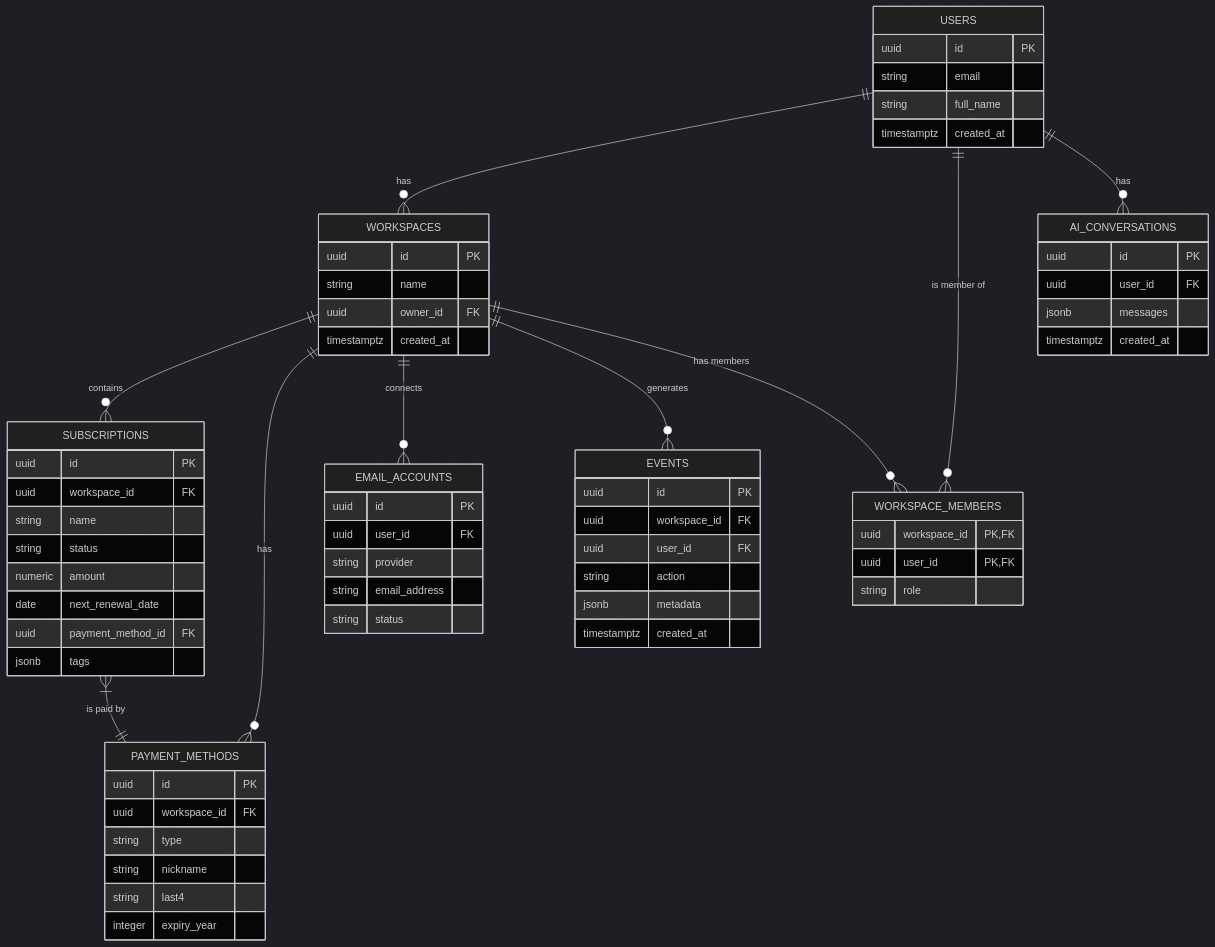
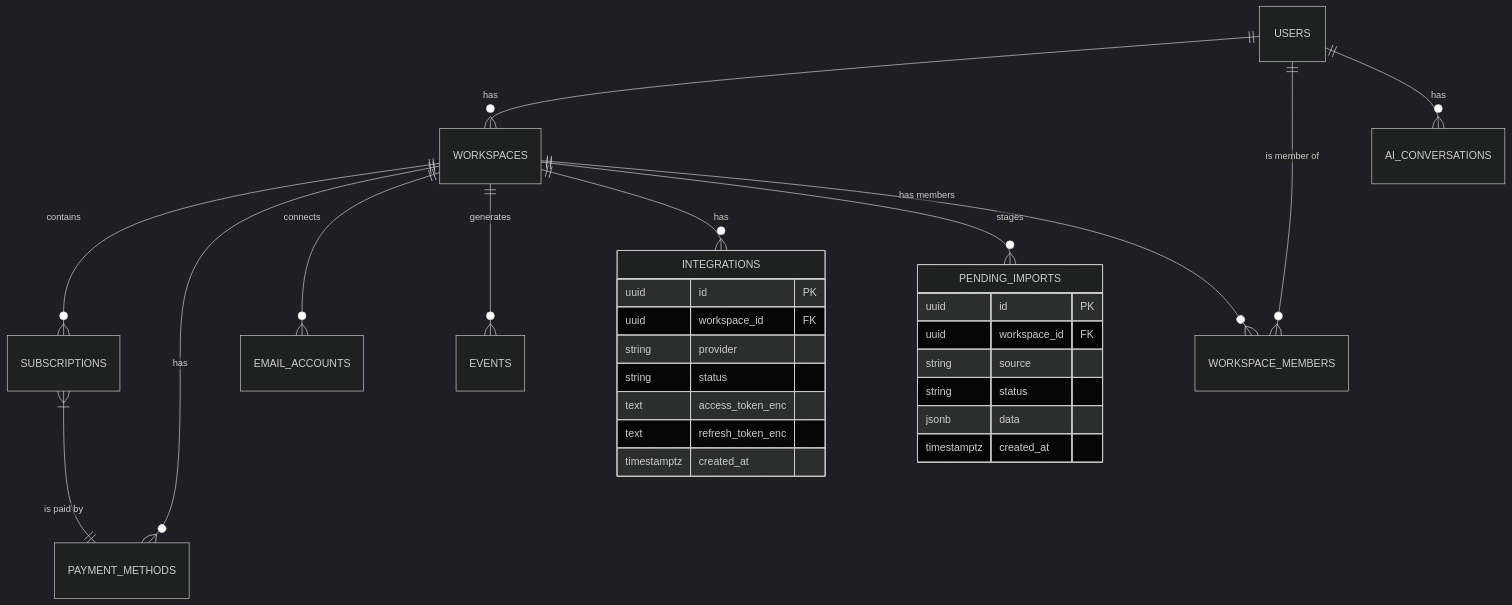
Before and after one commit to arumaldodrla/Subscription-Management: the diagram in DATA_MODEL_SCHEMA.md, drawn with Mermaid (dark theme). The commit also changed other lines of this file and 4 other files, not shown here.

````diff
--- a/DATA_MODEL_SCHEMA.md
+++ b/DATA_MODEL_SCHEMA.md
@@ -14,76 +12,33 @@
 ```mermaid
 erDiagram
     USERS ||--o{ WORKSPACES : "has"
     WORKSPACES ||--o{ SUBSCRIPTIONS : "contains"
     WORKSPACES ||--o{ PAYMENT_METHODS : "has"
     WORKSPACES ||--o{ EMAIL_ACCOUNTS : "connects"
     WORKSPACES ||--o{ EVENTS : "generates"
+    WORKSPACES ||--o{ INTEGRATIONS : "has"
+    WORKSPACES ||--o{ PENDING_IMPORTS : "stages"
     USERS ||--o{ WORKSPACE_MEMBERS : "is member of"
     WORKSPACES ||--o{ WORKSPACE_MEMBERS : "has members"
     SUBSCRIPTIONS }|--|| PAYMENT_METHODS : "is paid by"
     USERS ||--o{ AI_CONVERSATIONS : "has"
 
-    USERS {
+    PENDING_IMPORTS {
         uuid id PK
-        string email
-        string full_name
+        uuid workspace_id FK
+        string source
+        string status
+        jsonb data
         timestamptz created_at
     }
 
-    WORKSPACES {
-        uuid id PK
-        string name
-        uuid owner_id FK
-        timestamptz created_at
-    }
-
-    WORKSPACE_MEMBERS {
-        uuid workspace_id PK, FK
-        uuid user_id PK, FK
-        string role
-    }
-
-    SUBSCRIPTIONS {
+    INTEGRATIONS {
         uuid id PK
         uuid workspace_id FK
-        string name
+        string provider
         string status
-        numeric amount
-        date next_renewal_date
-        uuid payment_method_id FK
-        jsonb tags
-    }
-
-    PAYMENT_METHODS {
-        uuid id PK
-        uuid workspace_id FK
-        string type
-        string nickname
-        string last4
-        integer expiry_year
-    }
-
-    EMAIL_ACCOUNTS {
-        uuid id PK
-        uuid user_id FK
-        string provider
-        string email_address
-        string status
-    }
-
-    AI_CONVERSATIONS {
-        uuid id PK
-        uuid user_id FK
-        jsonb messages
-        timestamptz created_at
-    }
-
-    EVENTS {
-        uuid id PK
-        uuid workspace_id FK
-        uuid user_id FK
-        string action
-        jsonb metadata
+        text access_token_enc
+        text refresh_token_enc
         timestamptz created_at
     }
 ```
````
